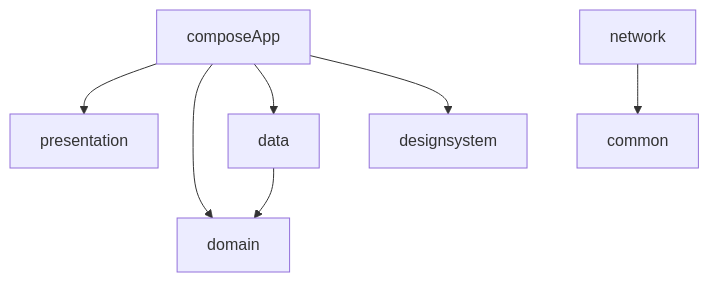
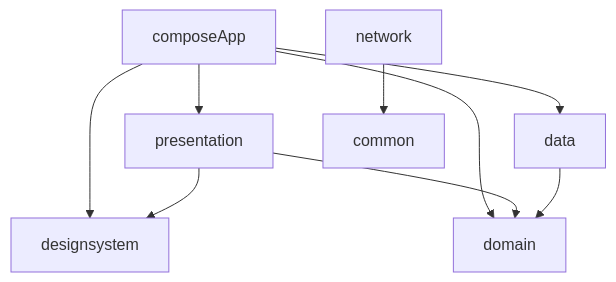
Before and after one commit to abdo-essam/Alice: the diagram in README.md, drawn with Mermaid. The commit also changed other lines of this file and 17 other files, not shown here.

````diff
--- a/README.md
+++ b/README.md
@@ -26,9 +26,11 @@
 ```mermaid
 graph TD
     composeApp --> presentation
     composeApp --> domain
     composeApp --> data
     composeApp --> designsystem
+    presentation --> designsystem
+    presentation --> domain
     data --> domain
     network --> common
 ```
````
